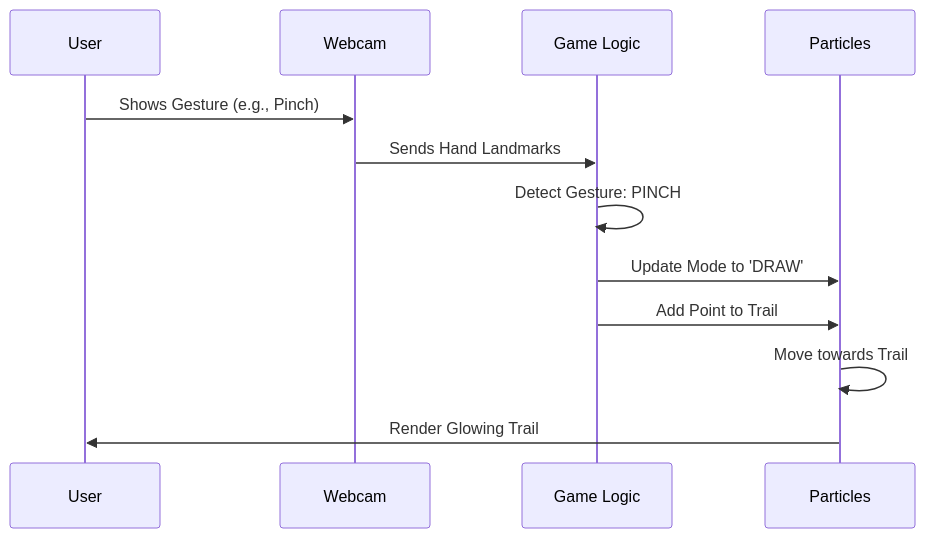
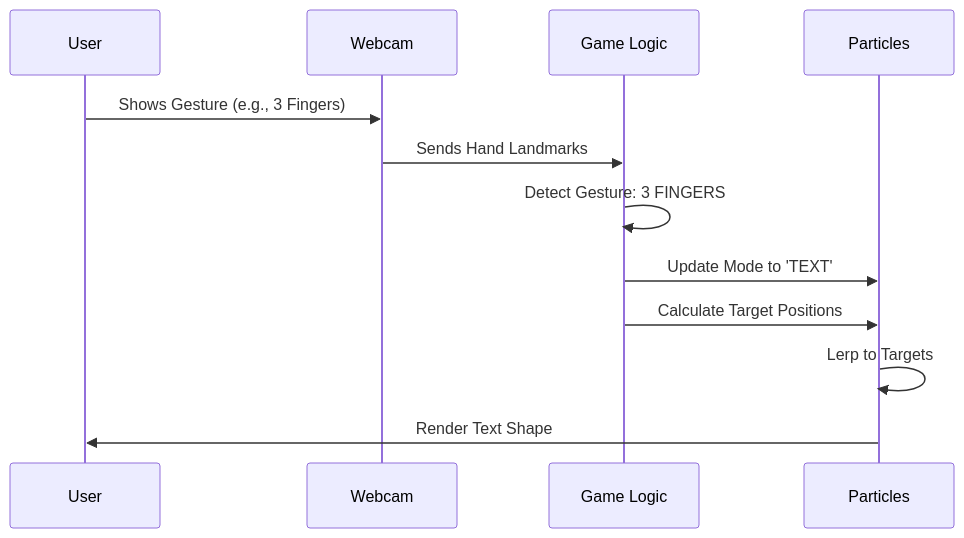
Before and after one commit to Ahmad-Abudllah-Ahmad/real-time-hand-gestures-: the second of 3 diagrams in README.md, drawn with Mermaid. The commit also changed other lines of this file, not shown here.

Commit message:
Docs: Fixed Mermaid syntax error and removed deprecated Pinch/Draw gesture

````diff
--- a/README.md
+++ b/README.md
@@ -60,15 +57,15 @@
 ```mermaid
 sequenceDiagram
     participant User
     participant Webcam
     participant Logic as Game Logic
     participant Particles
 
-    User->>Webcam: Shows Gesture (e.g., Pinch)
+    User->>Webcam: Shows Gesture (e.g., 3 Fingers)
     Webcam->>Logic: Sends Hand Landmarks
-    Logic->>Logic: Detect Gesture: PINCH
-    Logic->>Particles: Update Mode to 'DRAW'
-    Logic->>Particles: Add Point to Trail
-    Particles->>Particles: Move towards Trail
-    Particles->>User: Render Glowing Trail
+    Logic->>Logic: Detect Gesture: 3 FINGERS
+    Logic->>Particles: Update Mode to 'TEXT'
+    Logic->>Particles: Calculate Target Positions
+    Particles->>Particles: Lerp to Targets
+    Particles->>User: Render Text Shape
 ```
````
